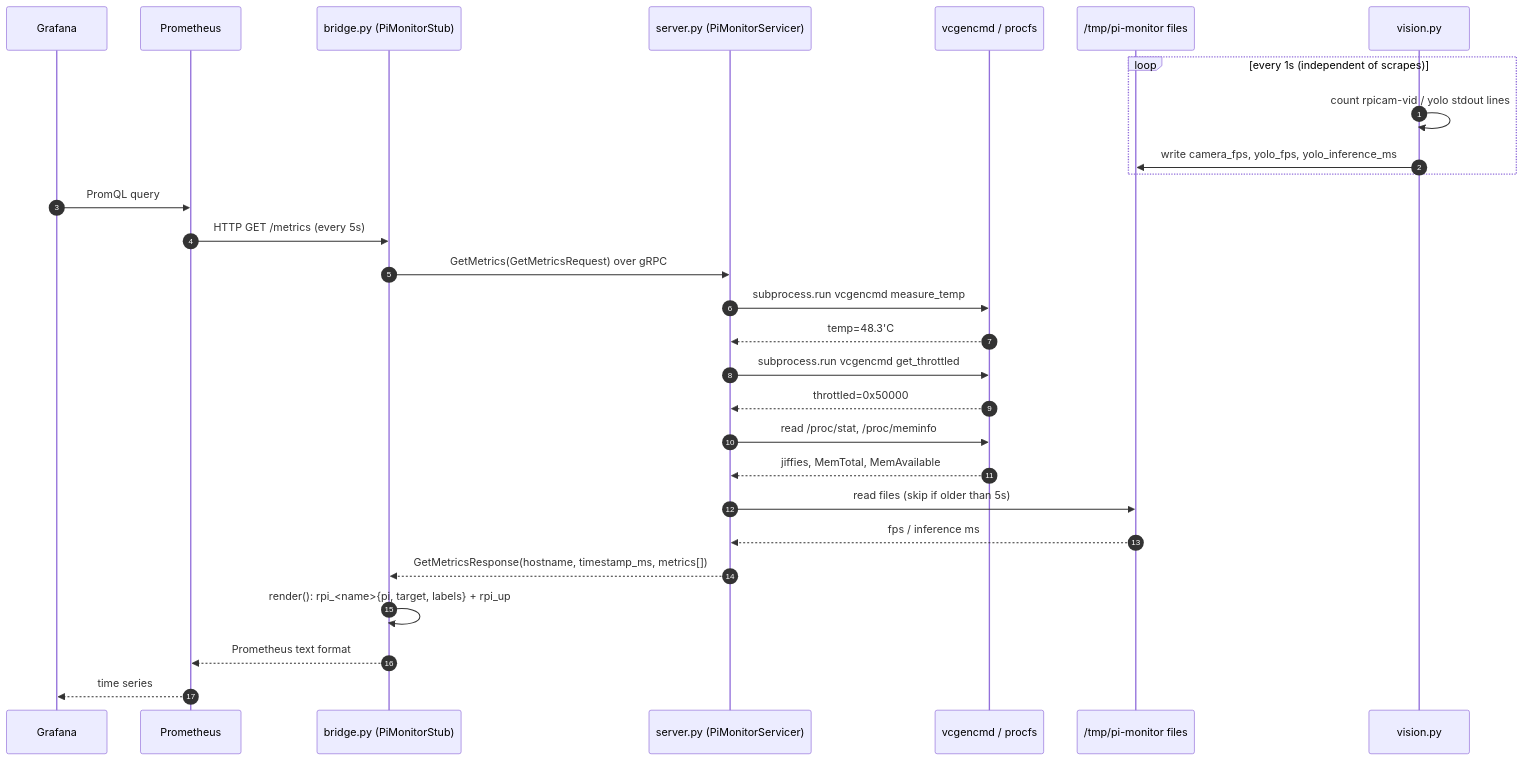
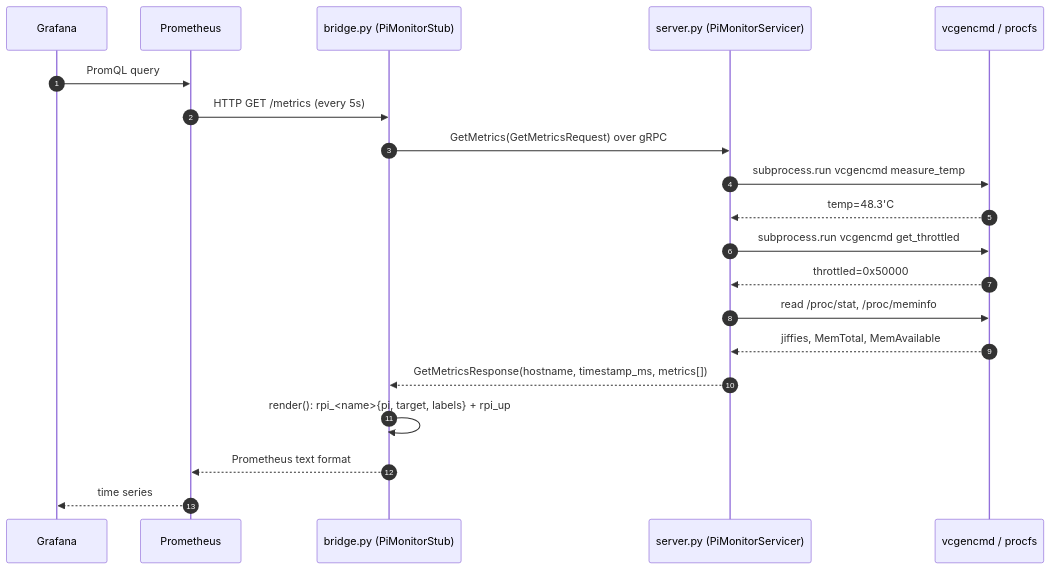
Before and after one commit to baobabtr33/cs244-dashboard: the second of 2 diagrams in dataflow.md, drawn with Mermaid. The commit also changed other lines of this file and 4 other files, not shown here.

````diff
--- a/dataflow.md
+++ b/dataflow.md
@@ -92,32 +75,23 @@
 ```mermaid
 sequenceDiagram
     autonumber
     participant G as Grafana
     participant P as Prometheus
     participant B as bridge.py (PiMonitorStub)
     participant S as server.py (PiMonitorServicer)
     participant CLI as vcgencmd / procfs
-    participant F as /tmp/pi-monitor files
-    participant V as vision.py
-
-    loop every 1s (independent of scrapes)
-        V->>V: count rpicam-vid / yolo stdout lines
-        V->>F: write camera_fps, yolo_fps, yolo_inference_ms
-    end
 
     G->>P: PromQL query
     P->>B: HTTP GET /metrics (every 5s)
     B->>S: GetMetrics(GetMetricsRequest) over gRPC
     S->>CLI: subprocess.run vcgencmd measure_temp
     CLI-->>S: temp=48.3'C
     S->>CLI: subprocess.run vcgencmd get_throttled
     CLI-->>S: throttled=0x50000
     S->>CLI: read /proc/stat, /proc/meminfo
     CLI-->>S: jiffies, MemTotal, MemAvailable
-    S->>F: read files (skip if older than 5s)
-    F-->>S: fps / inference ms
     S-->>B: GetMetricsResponse(hostname, timestamp_ms, metrics[])
     B->>B: render(): rpi_<name>{pi, target, labels} + rpi_up
     B-->>P: Prometheus text format
     P-->>G: time series
 ```
````
